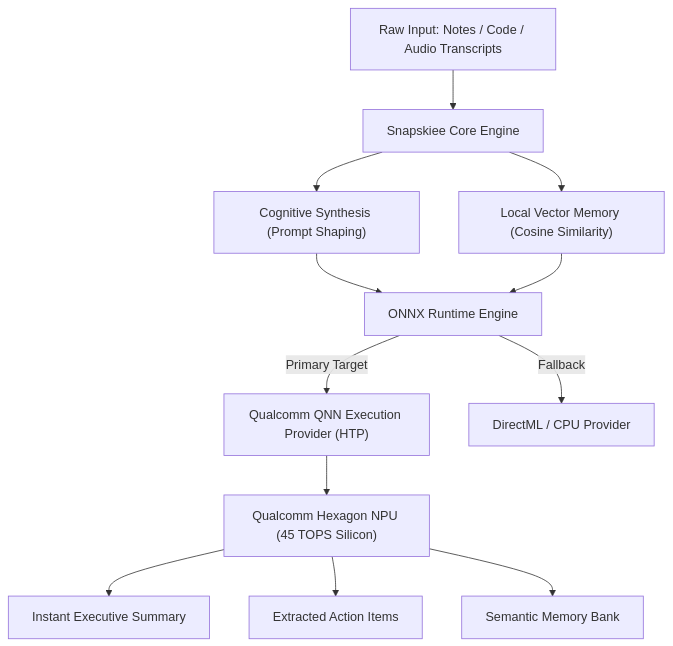
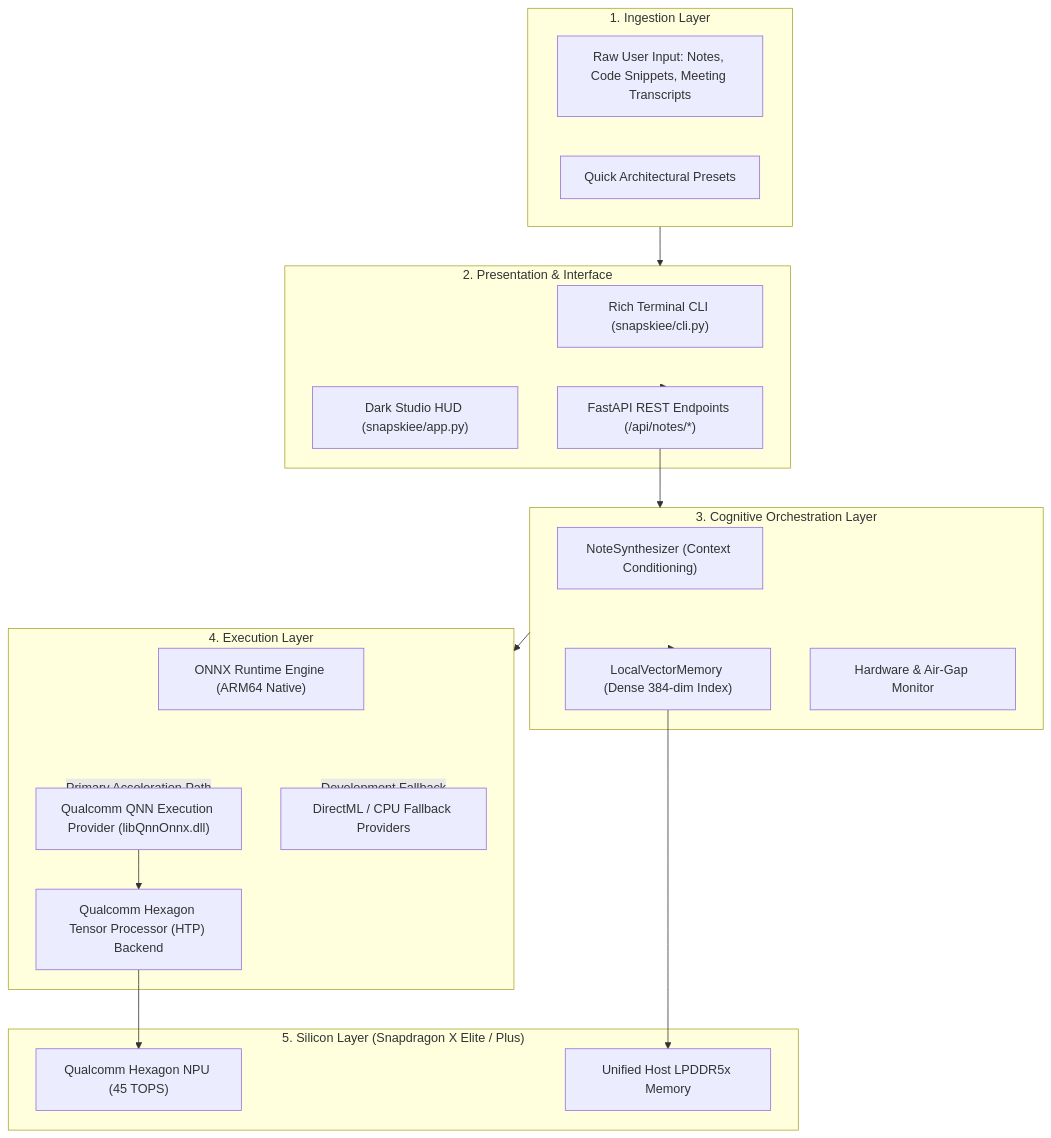
One commit to Nitanshu715/Snapskiee changed the first of 3 diagrams in README.md. Above: the diagram before and after it, drawn with Mermaid. The commit also changed other lines of this file and 6 other files, not shown here.

Commit message:
docs: overhaul README with comprehensive diagrams, logo, and technical specs

````diff
--- a/README.md
+++ b/README.md
@@ -56,18 +69,42 @@
 ```mermaid
-graph TD
-    A["Raw Input: Notes / Code / Audio Transcripts"] --> B["Snapskiee Core Engine"]
-    B --> C["Cognitive Synthesis (Prompt Shaping)"]
-    B --> D["Local Vector Memory (Cosine Similarity)"]
-    
-    C --> E["ONNX Runtime Engine"]
-    D --> E
-    
-    E -->|Primary Target| F["Qualcomm QNN Execution Provider (HTP)"]
-    E -->|Fallback| G["DirectML / CPU Provider"]
-    
-    F --> H["Qualcomm Hexagon NPU (45 TOPS Silicon)"]
-    
-    H --> I["Instant Executive Summary"]
-    H --> J["Extracted Action Items"]
-    H --> K["Semantic Memory Bank"]
+flowchart TD
+    subgraph INGESTION ["1. Ingestion Layer"]
+        RAW["Raw User Input: Notes, Code Snippets, Meeting Transcripts"]
+        PRESETS["Quick Architectural Presets"]
+    end
+
+    subgraph CLIENTS ["2. Presentation & Interface"]
+        CLI["Rich Terminal CLI (snapskiee/cli.py)"]
+        STUDIO["Dark Studio HUD (snapskiee/app.py)"]
+        API["FastAPI REST Endpoints (/api/notes/*)"]
+    end
+
+    subgraph CORE ["3. Cognitive Orchestration Layer"]
+        SYNTH["NoteSynthesizer (Context Conditioning)"]
+        VECTOR["LocalVectorMemory (Dense 384-dim Index)"]
+        TELEMETRY["Hardware & Air-Gap Monitor"]
+    end
+
+    subgraph RUNTIME ["4. Execution Layer"]
+        ORT["ONNX Runtime Engine (ARM64 Native)"]
+        QNN["Qualcomm QNN Execution Provider (libQnnOnnx.dll)"]
+        HTP["Qualcomm Hexagon Tensor Processor (HTP) Backend"]
+        FALLBACK["DirectML / CPU Fallback Providers"]
+    end
+
+    subgraph SILICON ["5. Silicon Layer (Snapdragon X Elite / Plus)"]
+        NPU_CHIP["Qualcomm Hexagon NPU (45 TOPS)"]
+        RAM["Unified Host LPDDR5x Memory"]
+    end
+
+    INGESTION --> CLIENTS
+    CLIENTS --> API
+    API --> CORE
+    CORE --> RUNTIME
+    RUNTIME -->|Primary Acceleration Path| QNN
+    RUNTIME -.->|Development Fallback| FALLBACK
+    QNN --> HTP
+    HTP --> NPU_CHIP
+    CORE --> VECTOR
+    VECTOR --> RAM
 ```
````
